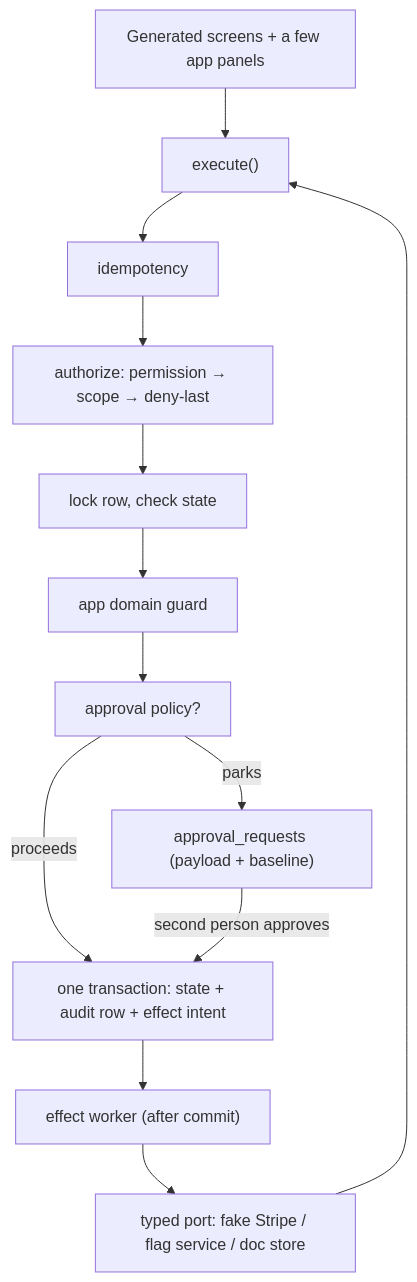
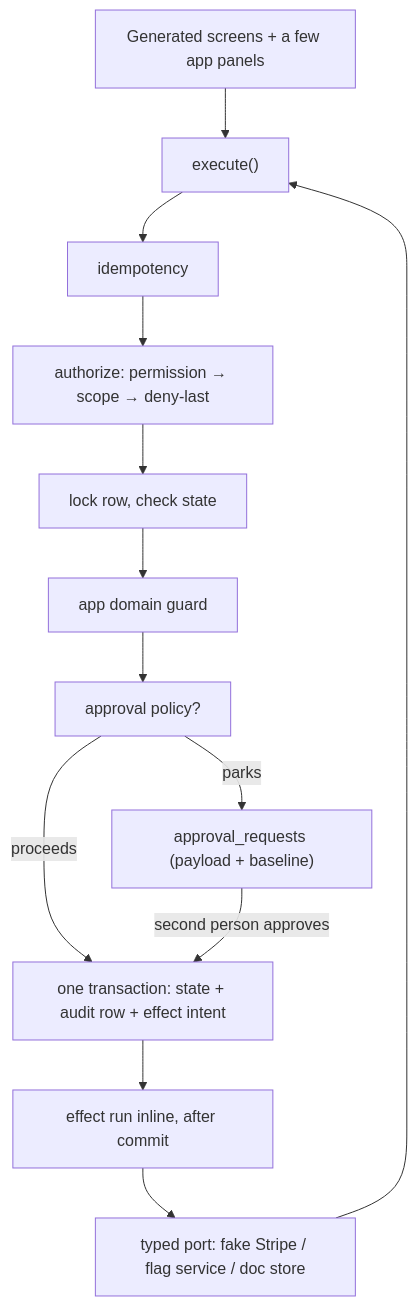
The diagram in README.md (warnerktsang/internal-tools-platform), drawn with Mermaid before and after one commit. The commit also changed other lines of this file, not shown here.

````diff
--- a/README.md
+++ b/README.md
@@ -203,15 +206,15 @@
 ```mermaid
 flowchart TB
   UI["Generated screens + a few app panels"] --> EX["execute()"]
   EX --> ID["idempotency"]
   ID --> AZ["authorize: permission → scope → deny-last"]
   AZ --> LK["lock row, check state"]
   LK --> GD["app domain guard"]
   GD --> AP["approval policy?"]
   AP -->|parks| PR["approval_requests (payload + baseline)"]
   AP -->|proceeds| TX["one transaction: state + audit row + effect intent"]
   PR -->|second person approves| TX
-  TX --> WK["effect worker (after commit)"]
+  TX --> WK["effect run inline, after commit"]
   WK --> PT["typed port: fake Stripe / flag service / doc store"]
   PT --> EX
 ```
````
